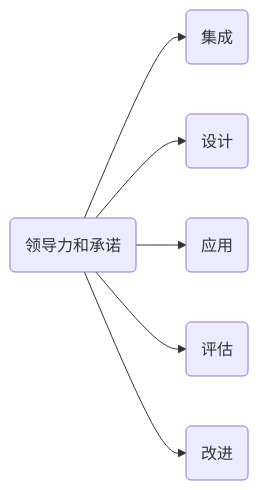
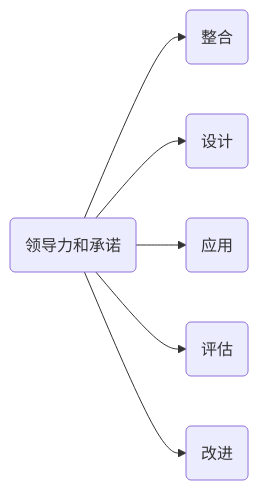
The second of 2 diagrams in _posts/2021-02-10-风险管理读书笔记.md (zhaoxinghan/zhaoxinghan.github.io), drawn with Mermaid before and after one commit. The commit also changed other lines of this file, not shown here.

````diff
--- a/_posts/2021-02-10-风险管理读书笔记.md
+++ b/_posts/2021-02-10-风险管理读书笔记.md
@@ -75,8 +75,8 @@
 ```mermaid
 graph LR
-c-->a5(集成)
+c-->a5(整合)
 c(领导力和承诺)-->a1(设计)
 c-->a2(应用)
 c-->a3(评估)
 c-->a4(改进)
 ```
````
